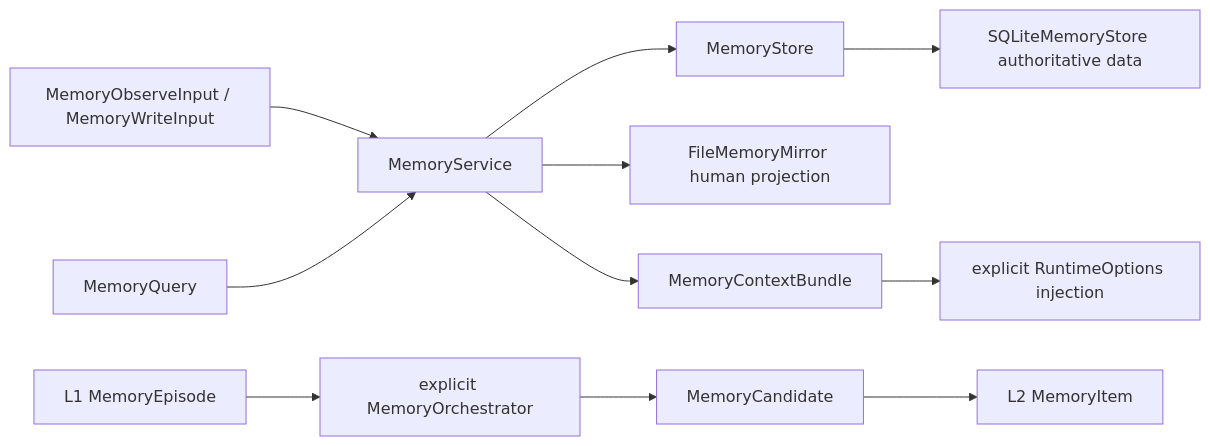
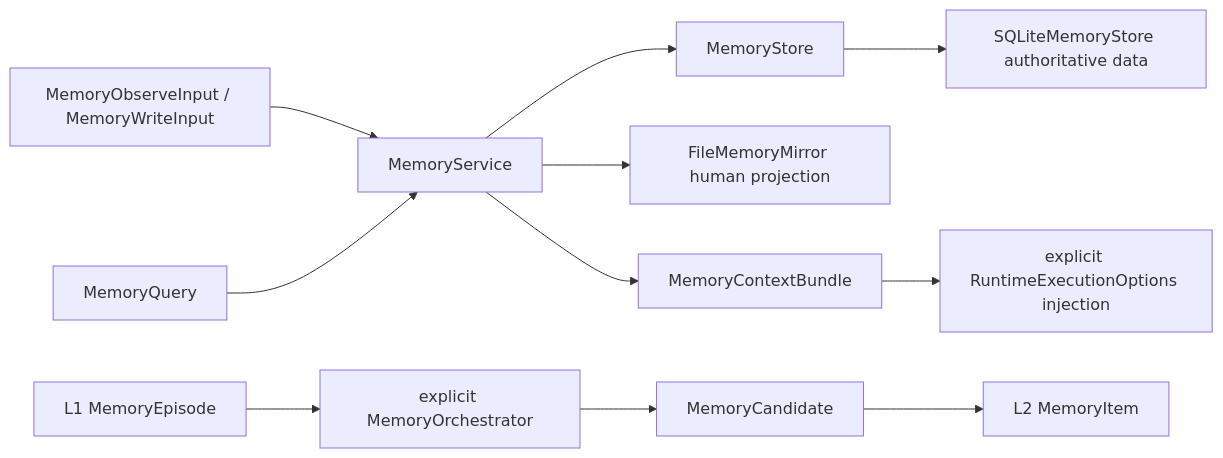
The diagram in src/iris/memory/README.en.md (Tsubaki-01/Iris), drawn with Mermaid before and after one commit. The commit also changed other lines of this file and 81 other files, not shown here.

````diff
--- a/src/iris/memory/README.en.md
+++ b/src/iris/memory/README.en.md
@@ -55,13 +55,13 @@
 ```mermaid
 flowchart LR
     Input["MemoryObserveInput / MemoryWriteInput"] --> Service["MemoryService"]
     Service --> Store["MemoryStore"]
     Store --> SQLite["SQLiteMemoryStore authoritative data"]
     Service --> Mirror["FileMemoryMirror human projection"]
     Episode["L1 MemoryEpisode"] --> Orchestrator["explicit MemoryOrchestrator"]
     Orchestrator --> Candidate["MemoryCandidate"]
     Candidate --> Item["L2 MemoryItem"]
     Query["MemoryQuery"] --> Service
     Service --> Context["MemoryContextBundle"]
-    Context --> Runtime["explicit RuntimeOptions injection"]
+    Context --> Runtime["explicit RuntimeExecutionOptions injection"]
 ```
````
